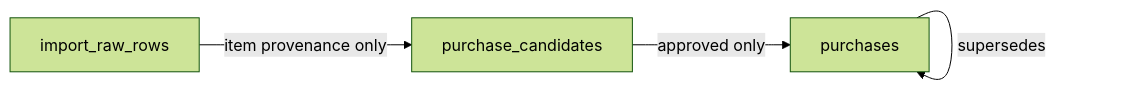
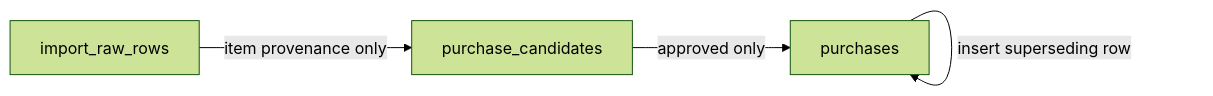
Before and after one commit to ryjen/shopping-inventory: the diagram in docs/schema/d1-sqlite-authoritative-v1.md, drawn with Mermaid (forest theme). The commit also changed other lines of this file, not shown here.

Commit message:
Document immutable purchase enforcement

````diff
--- a/docs/schema/d1-sqlite-authoritative-v1.md
+++ b/docs/schema/d1-sqlite-authoritative-v1.md
@@ -9,6 +9,6 @@
 ```mermaid
 flowchart LR
   Raw[import_raw_rows] -->|item provenance only| Candidate[purchase_candidates]
   Candidate -->|approved only| Purchase[purchases]
-  Purchase -->|supersedes| Purchase
+  Purchase -->|insert superseding row| Purchase
 ```
````
